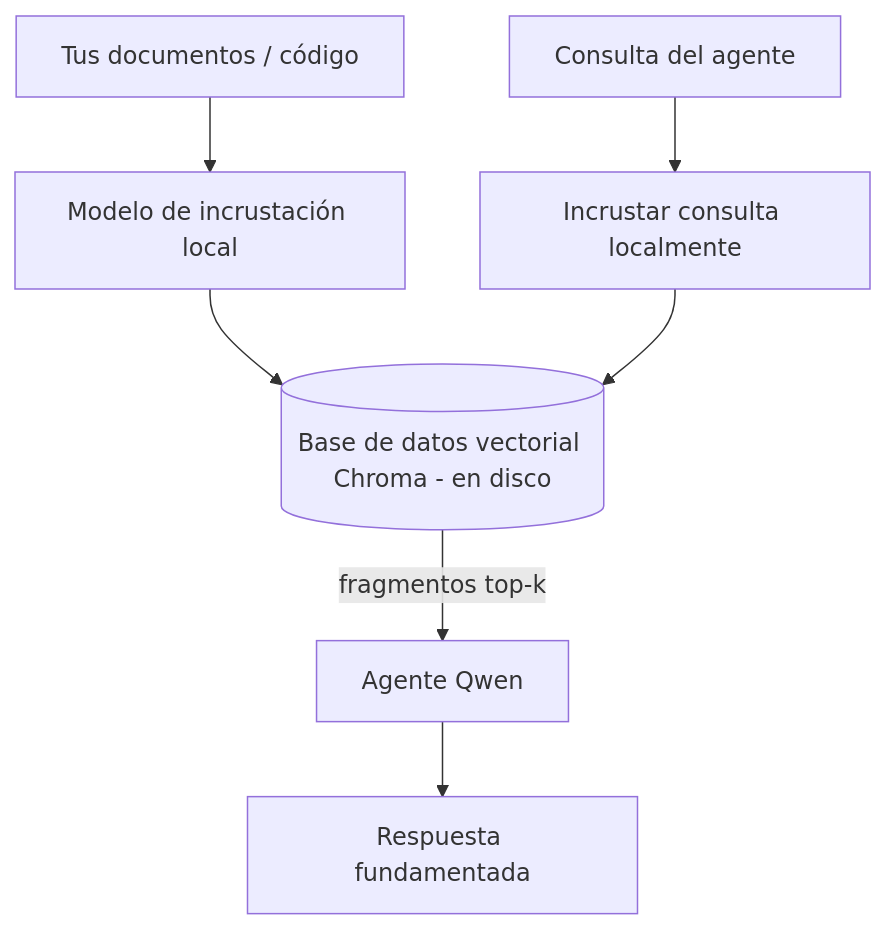
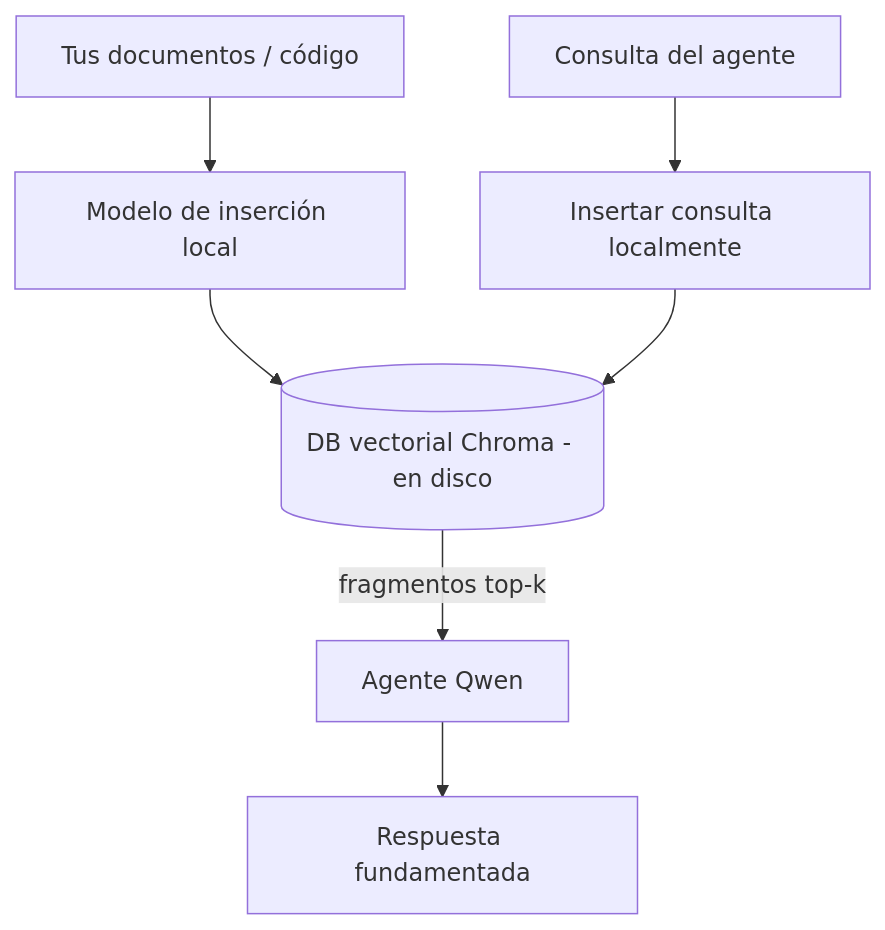
One commit to microsoft/ai-agents-for-beginners changed the third of 4 diagrams in translations/es/17-creating-local-ai-agents/README.md. Above: the diagram before and after it, drawn with Mermaid. The commit also changed other lines of this file and 47 other files, not shown here.

````diff
--- a/translations/es/17-creating-local-ai-agents/README.md
+++ b/translations/es/17-creating-local-ai-agents/README.md
@@ -125,9 +125,9 @@
 ```mermaid
 flowchart TB
-    D[Tus documentos / código] --> E[Modelo de incrustación local]
-    E --> V[(Base de datos vectorial Chroma - en disco)]
-    Q[Consulta del agente] --> QE[Incrustar consulta localmente]
+    D[Tus documentos / código] --> E[Modelo de inserción local]
+    E --> V[(DB vectorial Chroma - en disco)]
+    Q[Consulta del agente] --> QE[Insertar consulta localmente]
     QE --> V
     V -->|fragmentos top-k| A[Agente Qwen]
     A --> Ans[Respuesta fundamentada]
 ```
````
